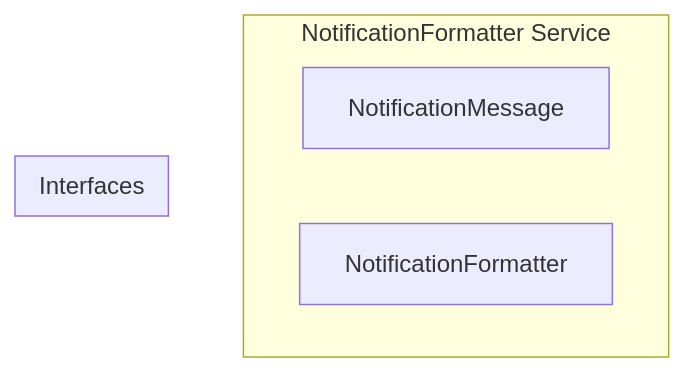
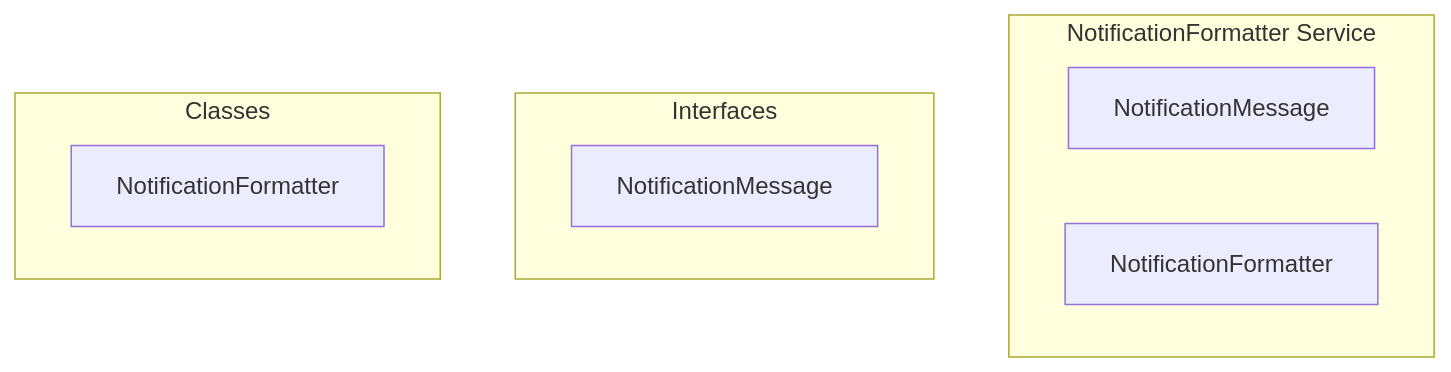
Before and after one commit to y4my4my4m/harmony: the diagram in docs/api/services/notificationformatter.md, drawn with Mermaid. The commit also changed other lines of this file and 350 other files, not shown here.

````diff
--- a/docs/api/services/notificationformatter.md
+++ b/docs/api/services/notificationformatter.md
@@ -7,13 +7,15 @@
 ```mermaid
 graph TB
     subgraph "NotificationFormatter Service"
         NOTIFICATIONMESSAGE[NotificationMessage]
         NOTIFICATIONFORMATTER[NotificationFormatter]
     end
     
+    subgraph "Interfaces"
+        INT_NOTIFICATIONMESSAGE[NotificationMessage]
+    end
     
-    
-    subgraph "Interfaces"
-        NOTIFICATIONMESSAGE[NotificationMessage]
+    subgraph "Classes"
+        CLS_NOTIFICATIONFORMATTER[NotificationFormatter]
     end
 ```
````
